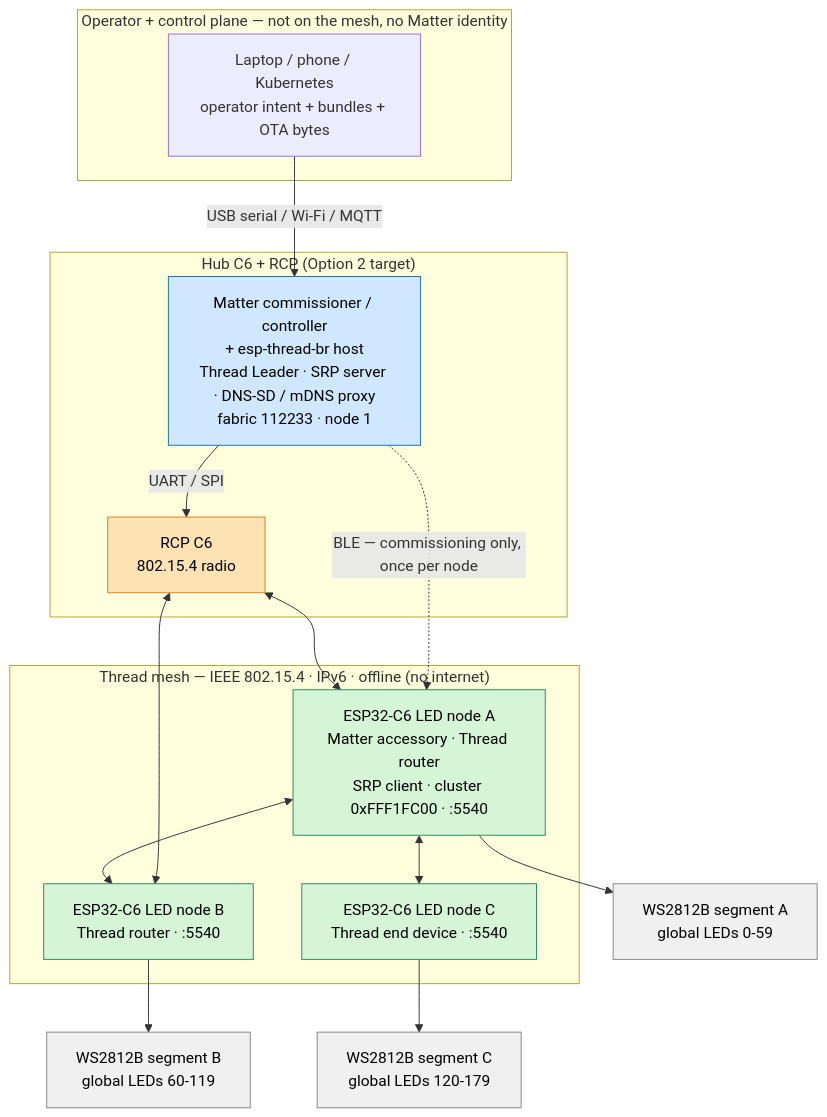
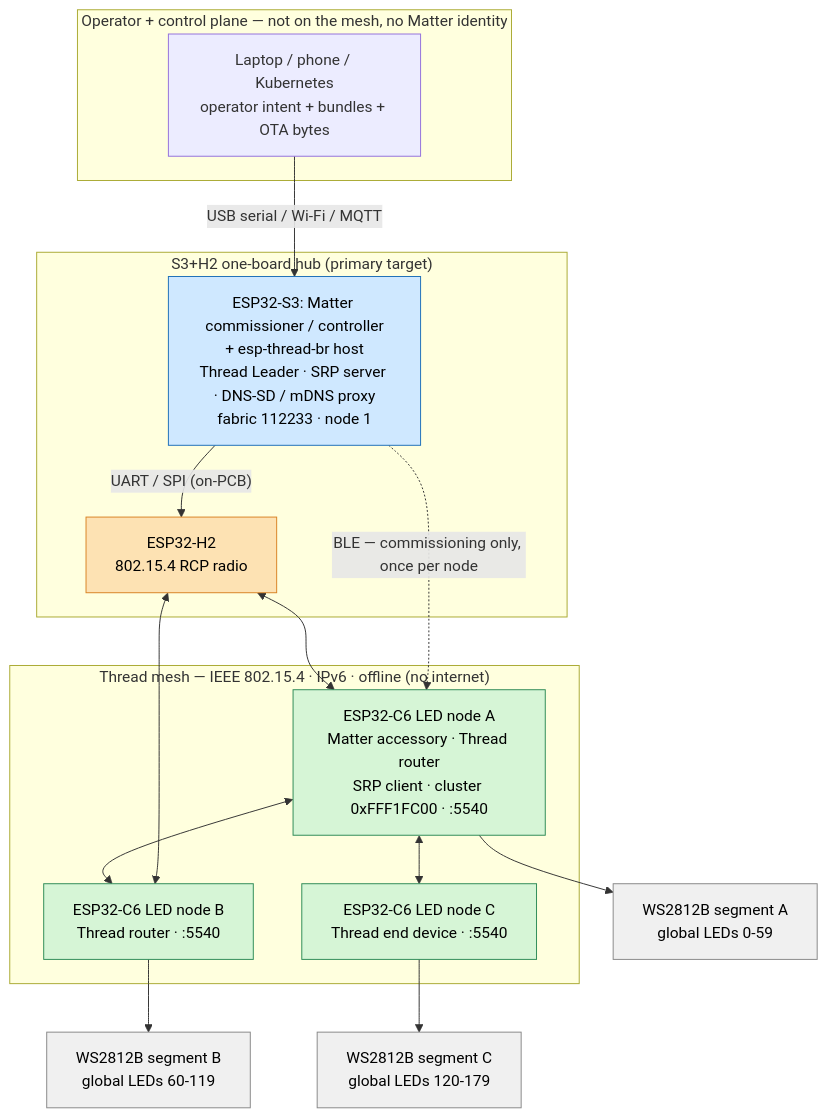
The first of 4 diagrams in docs/mesh-network.md (yaminsadik/led-orchestra), drawn with Mermaid before and after one commit. The commit also changed other lines of this file and 24 other files, not shown here.

````diff
--- a/docs/mesh-network.md
+++ b/docs/mesh-network.md
@@ -31,38 +31,38 @@
 ```mermaid
 flowchart TB
     subgraph ingress["Operator + control plane — not on the mesh, no Matter identity"]
         laptop["Laptop / phone / Kubernetes<br/>operator intent + bundles + OTA bytes"]
     end
 
-    subgraph hub["Hub C6 + RCP (Option 2 target)"]
-        ctrl["Matter commissioner / controller<br/>+ esp-thread-br host<br/>Thread Leader · SRP server · DNS-SD / mDNS proxy<br/>fabric 112233 · node 1"]:::ctrl
-        rcp["RCP C6<br/>802.15.4 radio"]:::infra
-        ctrl -->|"UART / SPI"| rcp
+    subgraph hub["S3+H2 one-board hub (primary target)"]
+        ctrl["ESP32-S3: Matter commissioner / controller<br/>+ esp-thread-br host<br/>Thread Leader · SRP server · DNS-SD / mDNS proxy<br/>fabric 112233 · node 1"]:::ctrl
+        rcp["ESP32-H2<br/>802.15.4 RCP radio"]:::infra
+        ctrl -->|"UART / SPI (on-PCB)"| rcp
     end
 
     subgraph mesh["Thread mesh — IEEE 802.15.4 · IPv6 · offline (no internet)"]
         led1["ESP32-C6 LED node A<br/>Matter accessory · Thread router<br/>SRP client · cluster 0xFFF1FC00 · :5540"]:::led
         led2["ESP32-C6 LED node B<br/>Thread router · :5540"]:::led
         led3["ESP32-C6 LED node C<br/>Thread end device · :5540"]:::led
         led1 <--> led2
         led1 <--> led3
     end
 
     strip1["WS2812B segment A<br/>global LEDs 0-59"]:::strip
     strip2["WS2812B segment B<br/>global LEDs 60-119"]:::strip
     strip3["WS2812B segment C<br/>global LEDs 120-179"]:::strip
 
     laptop -->|"USB serial / Wi-Fi / MQTT"| ctrl
     rcp <--> led1
     rcp <--> led2
     ctrl -.->|"BLE — commissioning only, once per node"| led1
 
     led1 --> strip1
     led2 --> strip2
     led3 --> strip3
 
     classDef infra fill:#fde2b3,stroke:#d98324,color:#000;
     classDef ctrl fill:#cfe8ff,stroke:#1d6fb8,color:#000;
     classDef led fill:#d6f5d6,stroke:#2e8b57,color:#000;
     classDef strip fill:#f0f0f0,stroke:#888,color:#000;
 ```
````
